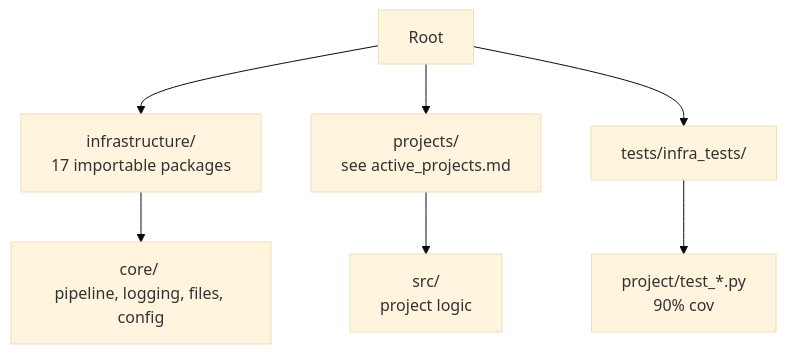
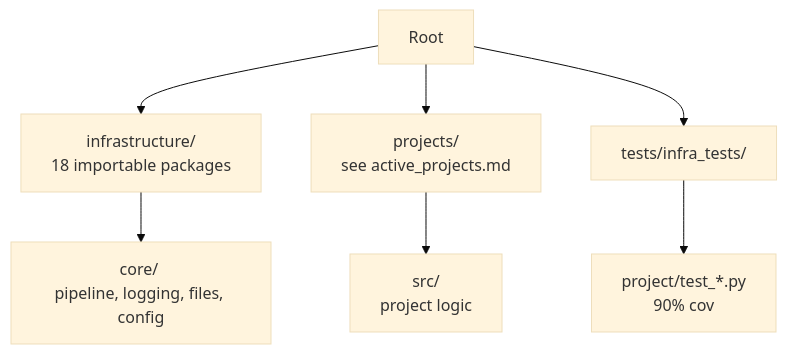
Before and after one commit to docxology/template: the diagram in docs/_generated/canonical_facts.md, drawn with Mermaid (base theme). The commit also changed other lines of this file and 317 other files, not shown here.

````diff
--- a/docs/_generated/canonical_facts.md
+++ b/docs/_generated/canonical_facts.md
@@ -196,9 +200,9 @@
 ```mermaid
 flowchart TD
-    Root[Root] --> Infra[infrastructure/ <br/>17 importable packages]
+    Root[Root] --> Infra[infrastructure/ <br/>18 importable packages]
     Root --> Projects[projects/ <br/>see active_projects.md]
     Root --> Tests[tests/infra_tests/]
     Infra --> Core[core/ <br/>pipeline, logging, files, config]
     Projects --> Src[src/ <br/>project logic]
     Tests --> ProjectTests[project/test_*.py <br/>90% cov]
 ```
````
